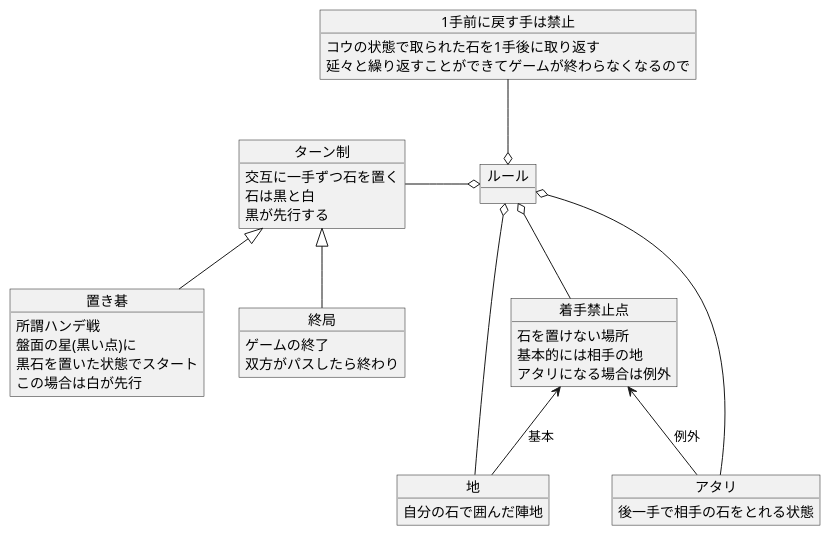
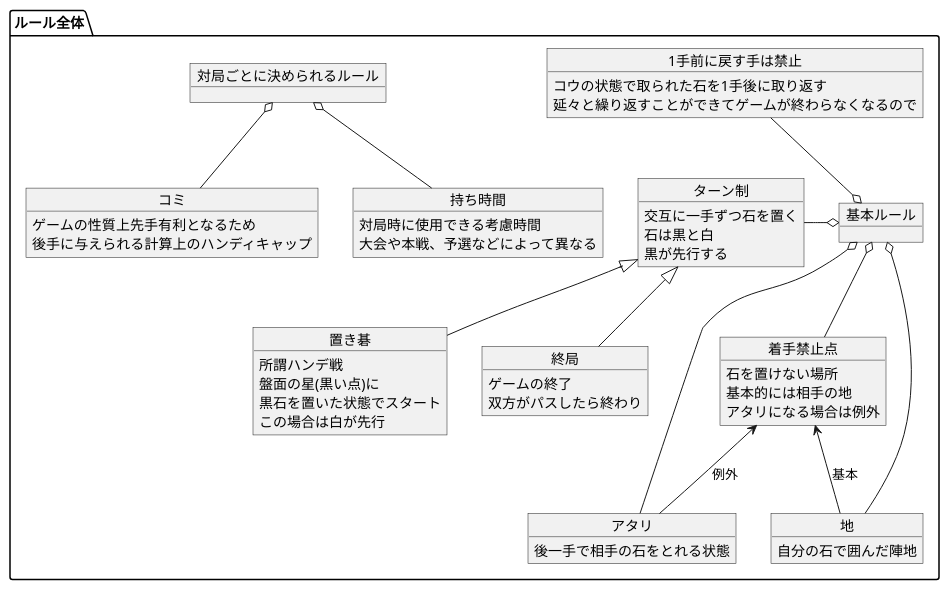
One commit to Shinsuke-Abe/IgoKnowledgeModeling changed the diagram in rule/rule.puml. Above: the diagram before and after it, drawn with PlantUML. The commit also changed 3 other files, not shown here.

```diff
--- a/rule/rule.puml
+++ b/rule/rule.puml
@@ -1,47 +1,64 @@
 @startuml
 
-object ルール
+package "ルール全体" {
+  object 基本ルール
 
-object ターン制 {
-  交互に一手ずつ石を置く
-  石は黒と白
-  黒が先行する
-}
-object 置き碁 {
-  所謂ハンデ戦
-  盤面の星(黒い点)に
-  黒石を置いた状態でスタート
-  この場合は白が先行
-}
-object 終局 {
-  ゲームの終了
-  双方がパスしたら終わり
+  object ターン制 {
+    交互に一手ずつ石を置く
+    石は黒と白
+    黒が先行する
+  }
+  object 置き碁 {
+    所謂ハンデ戦
+    盤面の星(黒い点)に
+    黒石を置いた状態でスタート
+    この場合は白が先行
+  }
+  object 終局 {
+    ゲームの終了
+    双方がパスしたら終わり
+  }
+
+  object 地 {
+    自分の石で囲んだ陣地
+  }
+  object 着手禁止点 {
+    石を置けない場所
+    基本的には相手の地
+    アタリになる場合は例外
+  }
+  object アタリ {
+    後一手で相手の石をとれる状態
+  }
+  object 1手前に戻す手は禁止 {
+    コウの状態で取られた石を1手後に取り返す
+    延々と繰り返すことができてゲームが終わらなくなるので
+  }
+
+  基本ルール o-l- ターン制
+  基本ルール o-u- 地
+  基本ルール o-d- 着手禁止点
+  基本ルール o-u- 1手前に戻す手は禁止
+  基本ルール o- アタリ
+  着手禁止点 <-- 地 : 基本
+  着手禁止点 <-d- アタリ : 例外
+  ターン制 <|-- 置き碁
+  ターン制 <|-- 終局
+
+  object 対局ごとに決められるルール
+
+  object 持ち時間 {
+    対局時に使用できる考慮時間
+    大会や本戦、予選などによって異なる
+  }
+
+  object コミ {
+    ゲームの性質上先手有利となるため
+    後手に与えられる計算上のハンディキャップ
+  }
+
+  対局ごとに決められるルール o-- 持ち時間
+  対局ごとに決められるルール o-- コミ
 }
 
-object 地 {
-  自分の石で囲んだ陣地
-}
-object 着手禁止点 {
-  石を置けない場所
-  基本的には相手の地
-  アタリになる場合は例外
-}
-object アタリ {
-  後一手で相手の石をとれる状態
-}
-object 1手前に戻す手は禁止 {
-  コウの状態で取られた石を1手後に取り返す
-  延々と繰り返すことができてゲームが終わらなくなるので
-}
-
-ルール o-l- ターン制
-ルール o-u- 地
-ルール o-d- 着手禁止点
-ルール o-u- 1手前に戻す手は禁止
-ルール o- アタリ
-着手禁止点 <-- 地 : 基本
-着手禁止点 <-d- アタリ : 例外
-ターン制 <|-- 置き碁
-ターン制 <|-- 終局
-
 @enduml
```
